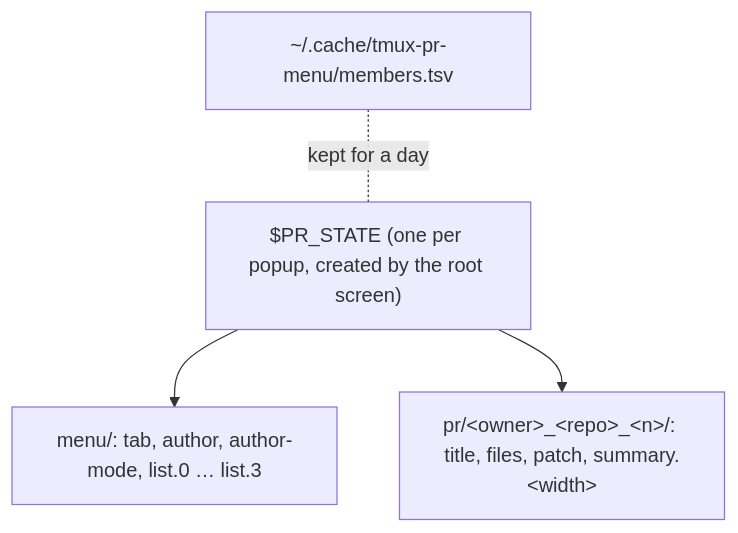
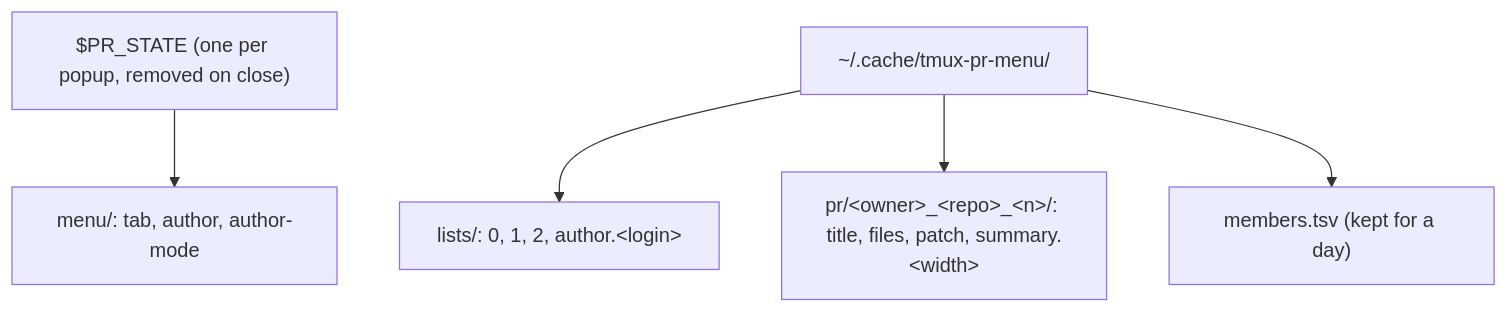
One commit to klaygomes/dotfiles changed the fourth of 5 diagrams in docs/tmux-pr-menu.md. Above: the diagram before and after it, drawn with Mermaid. The commit also changed other lines of this file and 7 other files, not shown here.

First line of the commit message:
feat(tmux): cache PR menu responses for 5 minutes

````diff
--- a/docs/tmux-pr-menu.md
+++ b/docs/tmux-pr-menu.md
@@ -118,7 +121,7 @@
 ```mermaid
 flowchart TD
-  S["$PR_STATE (one per popup, created by the root screen)"]
-  S --> MN["menu/: tab, author, author-mode, list.0 … list.3"]
-  S --> PR["pr/&lt;owner&gt;_&lt;repo&gt;_&lt;n&gt;/: title, files, patch, summary.&lt;width&gt;"]
-  C["~/.cache/tmux-pr-menu/members.tsv"] -. "kept for a day" .- S
+  S["$PR_STATE (one per popup, removed on close)"] --> MN["menu/: tab, author, author-mode"]
+  C["~/.cache/tmux-pr-menu/"] --> L["lists/: 0, 1, 2, author.&lt;login&gt;"]
+  C --> PR["pr/&lt;owner&gt;_&lt;repo&gt;_&lt;n&gt;/: title, files, patch, summary.&lt;width&gt;"]
+  C --> M["members.tsv (kept for a day)"]
 ```
````
